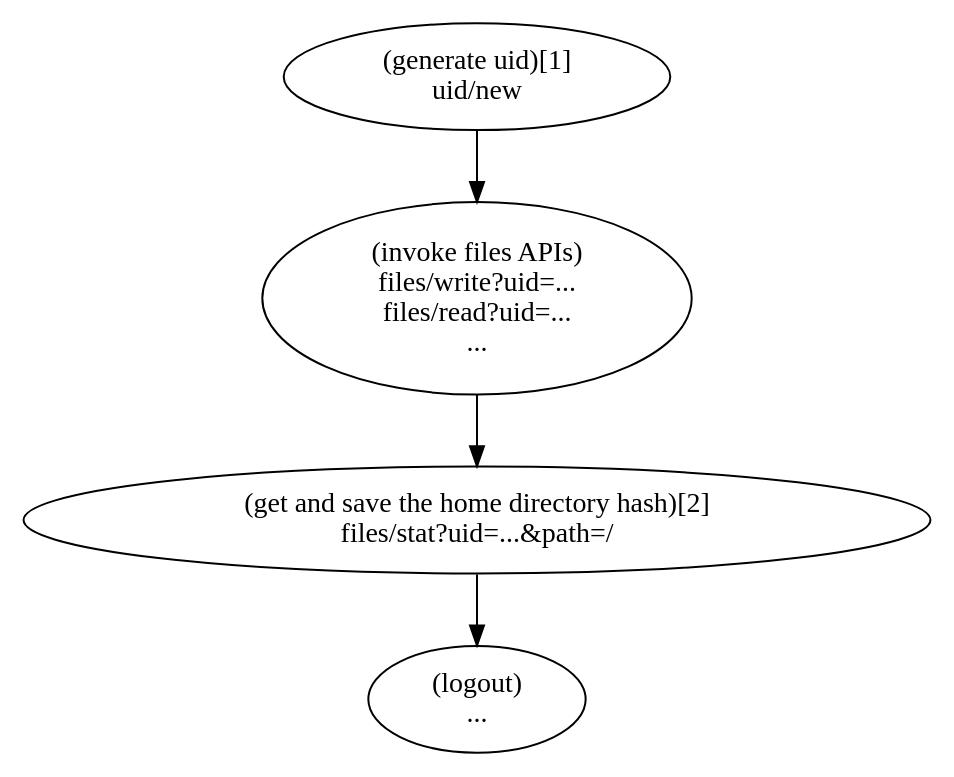
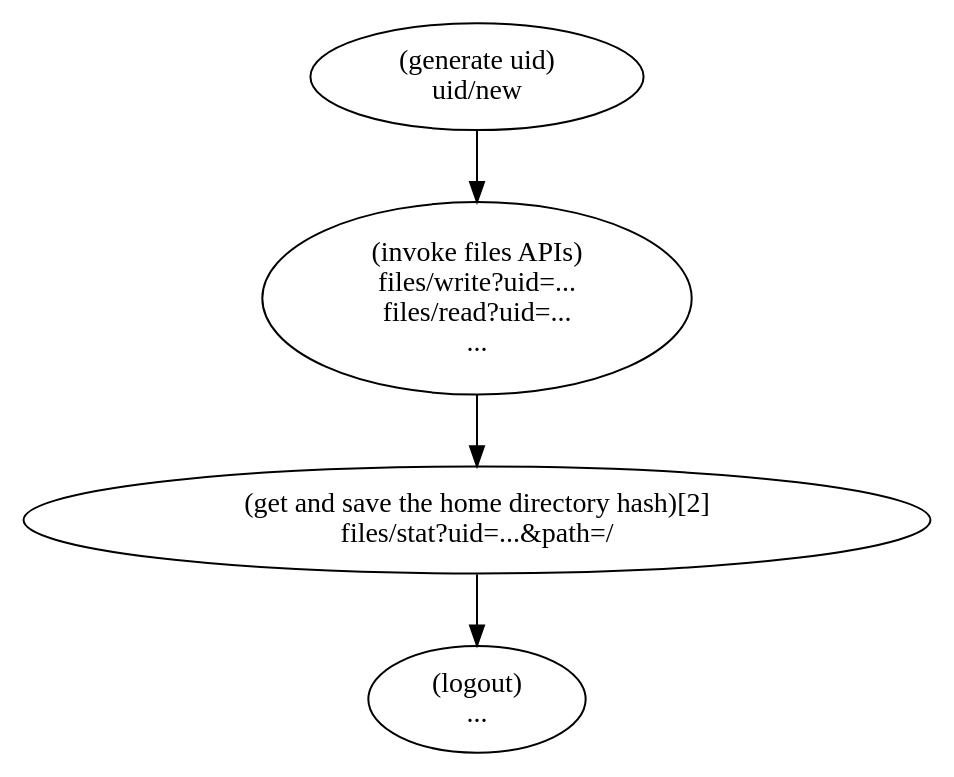
Before and after one commit to elastos/Elastos.Hive.DevDocs: the first of 2 diagrams in manual/source/files-sample.rst, drawn with Graphviz. The commit also changed other lines of this file and 1 other file, not shown here.

Commit message:
add comments for uid/login API.

```diff
--- a/manual/source/files-sample.rst
+++ b/manual/source/files-sample.rst
@@ -41,8 +41,8 @@
 .. graphviz::
 
     digraph {
-      "(generate uid)[1]\n uid/new" -> 
+      "(generate uid)\n uid/new" -> 
       "(invoke files APIs) \n files/write?uid=... \nfiles/read?uid=... \n ..." ->
       "(get and save the home directory hash)[2] \n files/stat?uid=...&path=/" ->
       "(logout) \n ...";
     }
```
